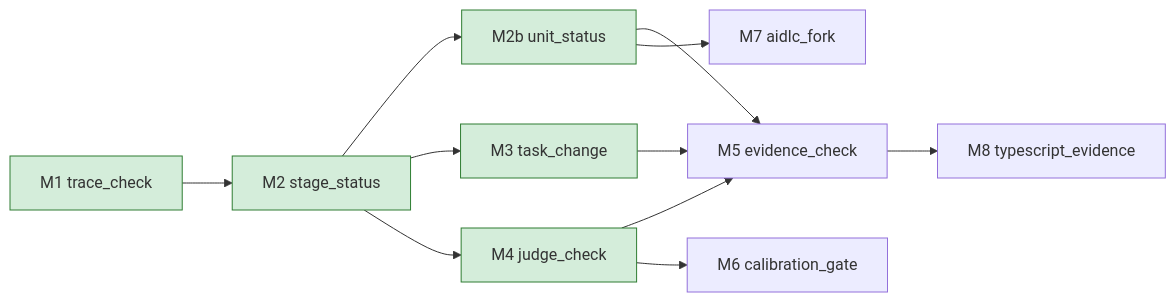
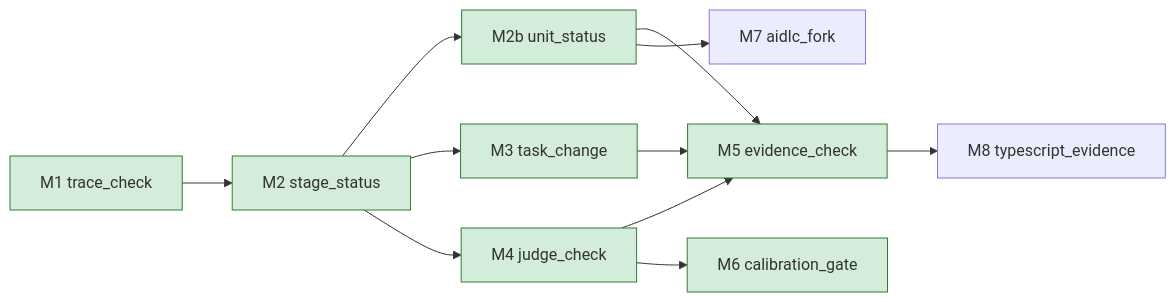
Before and after one commit to nullrul/earnest: the diagram in docs/design/03-implementation-plan.md, drawn with Mermaid.

Commit message:
docs: mark M5 and M6 done in plan DAG
Both exit commands pass on main at f0acdd0: test_evidence_check.py (6 passed) and test_calibration_gate.py (7 passed).

````diff
--- a/docs/design/03-implementation-plan.md
+++ b/docs/design/03-implementation-plan.md
@@ -15,15 +15,15 @@
 ```mermaid
 flowchart LR
   M1["M1 trace_check"] --> M2["M2 stage_status"]
   M2 --> M2b["M2b unit_status"]
   M2 --> M3["M3 task_change"]
   M2 --> M4["M4 judge_check"]
   M2b --> M5["M5 evidence_check"]
   M2b --> M7["M7 aidlc_fork"]
   M3 --> M5
   M4 --> M5
   M4 --> M6["M6 calibration_gate"]
   M5 --> M8["M8 typescript_evidence"]
   classDef done fill:#d4edda,stroke:#2e7d32
-  class M1,M2,M2b,M3,M4 done
+  class M1,M2,M2b,M3,M4,M5,M6 done
 ```
````
